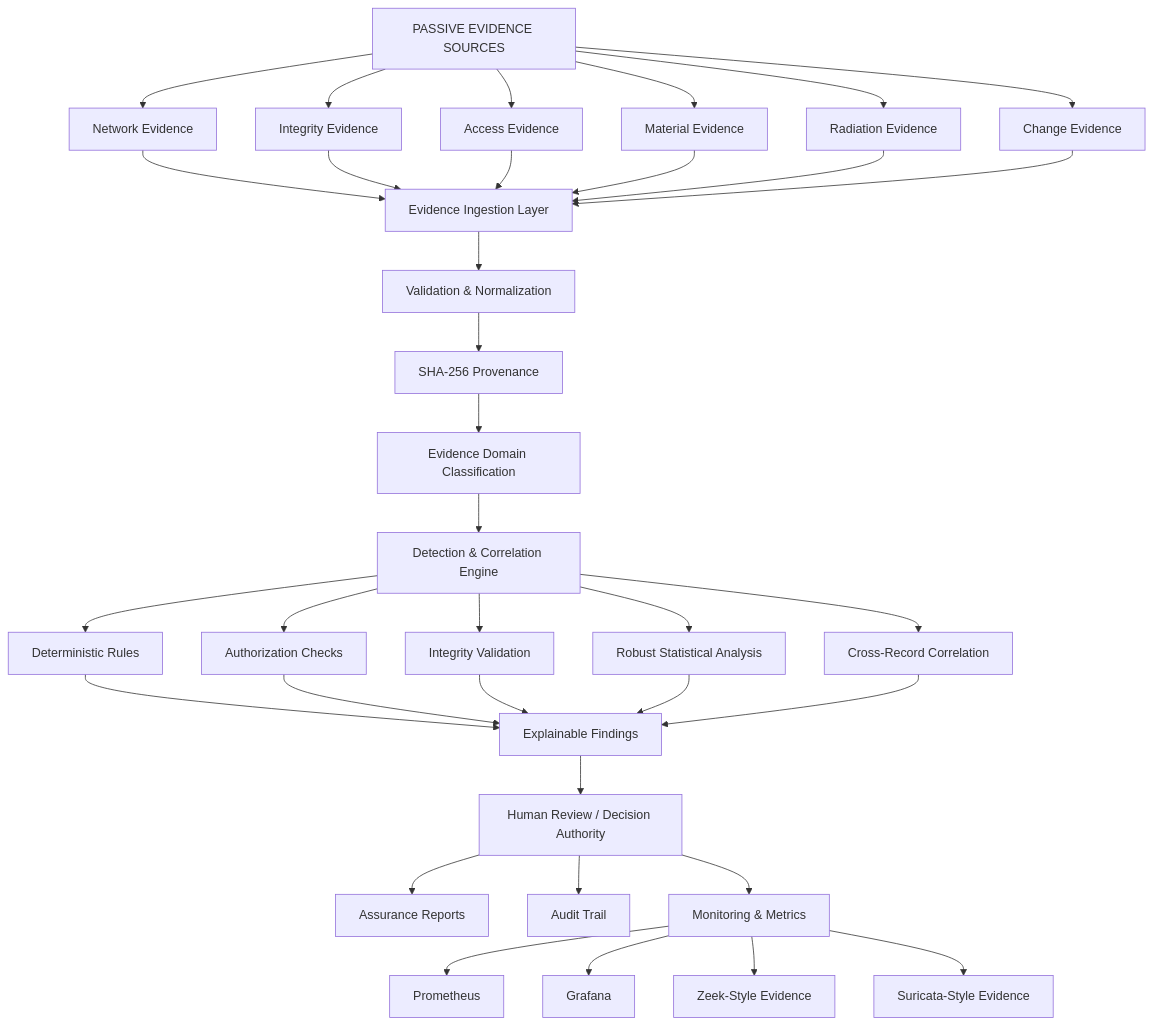
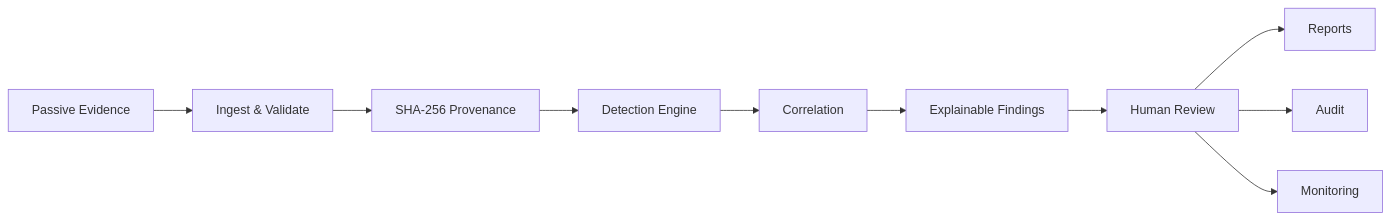
One commit to ruveeha33/NuclearShield changed the second of 6 diagrams in README.md. Above: the diagram before and after it, drawn with Mermaid. The commit also changed other lines of this file, not shown here.

````diff
--- a/README.md
+++ b/README.md
@@ -125,48 +123,13 @@
 ```mermaid
-flowchart TD
+flowchart LR
+    E["Passive Evidence"] --> I["Ingest & Validate"]
+    I --> P["SHA-256 Provenance"]
+    P --> D["Detection Engine"]
+    D --> C["Correlation"]
+    C --> F["Explainable Findings"]
+    F --> H["Human Review"]
 
-    INPUT["PASSIVE EVIDENCE SOURCES"]
-
-    INPUT --> NET["Network Evidence"]
-    INPUT --> INT["Integrity Evidence"]
-    INPUT --> ACC["Access Evidence"]
-    INPUT --> MAT["Material Evidence"]
-    INPUT --> RAD["Radiation Evidence"]
-    INPUT --> CHG["Change Evidence"]
-
-    NET --> INGEST["Evidence Ingestion Layer"]
-    INT --> INGEST
-    ACC --> INGEST
-    MAT --> INGEST
-    RAD --> INGEST
-    CHG --> INGEST
-
-    INGEST --> VALIDATE["Validation & Normalization"]
-    VALIDATE --> HASH["SHA-256 Provenance"]
-    HASH --> CLASSIFY["Evidence Domain Classification"]
-
-    CLASSIFY --> ENGINE["Detection & Correlation Engine"]
-
-    ENGINE --> RULES["Deterministic Rules"]
-    ENGINE --> AUTH["Authorization Checks"]
-    ENGINE --> INTEGRITY["Integrity Validation"]
-    ENGINE --> STATS["Robust Statistical Analysis"]
-    ENGINE --> CORR["Cross-Record Correlation"]
-
-    RULES --> FINDINGS["Explainable Findings"]
-    AUTH --> FINDINGS
-    INTEGRITY --> FINDINGS
-    STATS --> FINDINGS
-    CORR --> FINDINGS
-
-    FINDINGS --> HUMAN["Human Review / Decision Authority"]
-
-    HUMAN --> REPORT["Assurance Reports"]
-    HUMAN --> AUDIT["Audit Trail"]
-    HUMAN --> MONITOR["Monitoring & Metrics"]
-
-    MONITOR --> PROM["Prometheus"]
-    MONITOR --> GRAF["Grafana"]
-    MONITOR --> ZEEK["Zeek-Style Evidence"]
-    MONITOR --> SURI["Suricata-Style Evidence"]
+    H --> R["Reports"]
+    H --> A["Audit"]
+    H --> M["Monitoring"]
 ```
````
